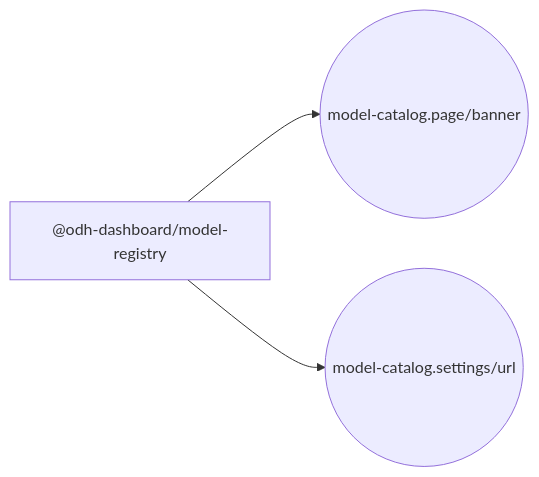
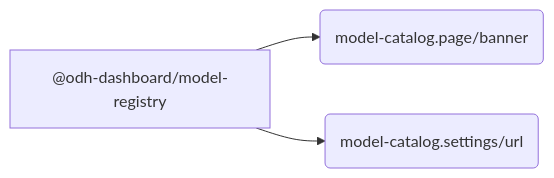
Before and after one commit to mturley/odh-dashboard: the fourth of 5 diagrams in packages/model-registry/docs/extensions.md, drawn with Mermaid. The commit also changed other lines of this file and 24 other files, not shown here.

````diff
--- a/packages/model-registry/docs/extensions.md
+++ b/packages/model-registry/docs/extensions.md
@@ -234,8 +234,8 @@
 ```mermaid
 flowchart LR
   pkg_n__odh_dashboard_model_registry_92e561["@odh-dashboard/model-registry"]
-  point_n_model_catalog_page_banner_e21b48(("model-catalog.page/banner"))
+  point_n_model_catalog_page_banner_e21b48("model-catalog.page/banner")
   pkg_n__odh_dashboard_model_registry_92e561 --> point_n_model_catalog_page_banner_e21b48
-  point_n_model_catalog_settings_url_c9f659(("model-catalog.settings/url"))
+  point_n_model_catalog_settings_url_c9f659("model-catalog.settings/url")
   pkg_n__odh_dashboard_model_registry_92e561 --> point_n_model_catalog_settings_url_c9f659
 ```
````
